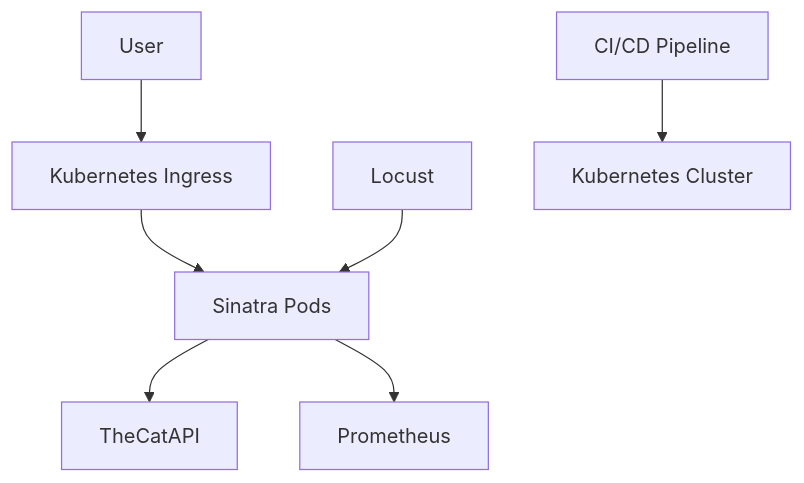
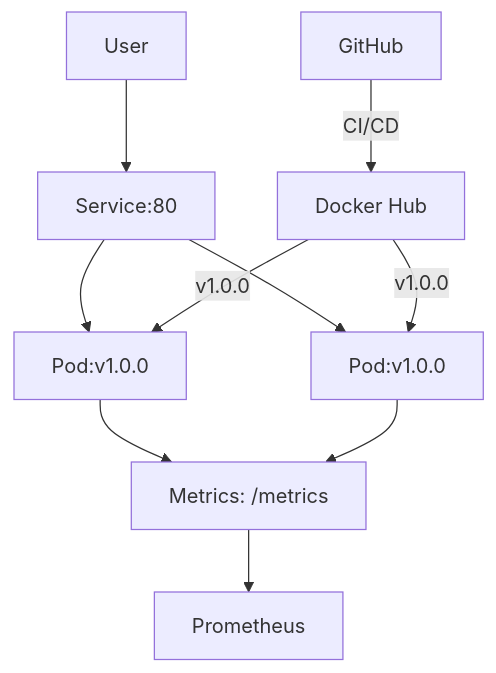
The diagram in README.md (bigstan00/cats-repos), drawn with Mermaid before and after one commit. The commit also changed other lines of this file and 1 other file, not shown here.

````diff
--- a/README.md
+++ b/README.md
@@ -46,9 +106,12 @@
 ```mermaid
 graph TD
-    A[User] --> B[Kubernetes Ingress]
-    B --> C[Sinatra Pods]
-    C --> D[TheCatAPI]
-    C --> E[Prometheus]
-    F[Locust] --> C
-    G[CI/CD Pipeline] --> H[Kubernetes Cluster]
+    A[User] --> B[Service:80]
+    B --> C[Pod:v1.0.0]
+    B --> D[Pod:v1.0.0]
+    C --> E[Metrics: /metrics]
+    D --> E
+    E --> F[Prometheus]
+    G[GitHub] -->|CI/CD| H[Docker Hub]
+    H -->|v1.0.0| C
+    H -->|v1.0.0| D
 ```
````
